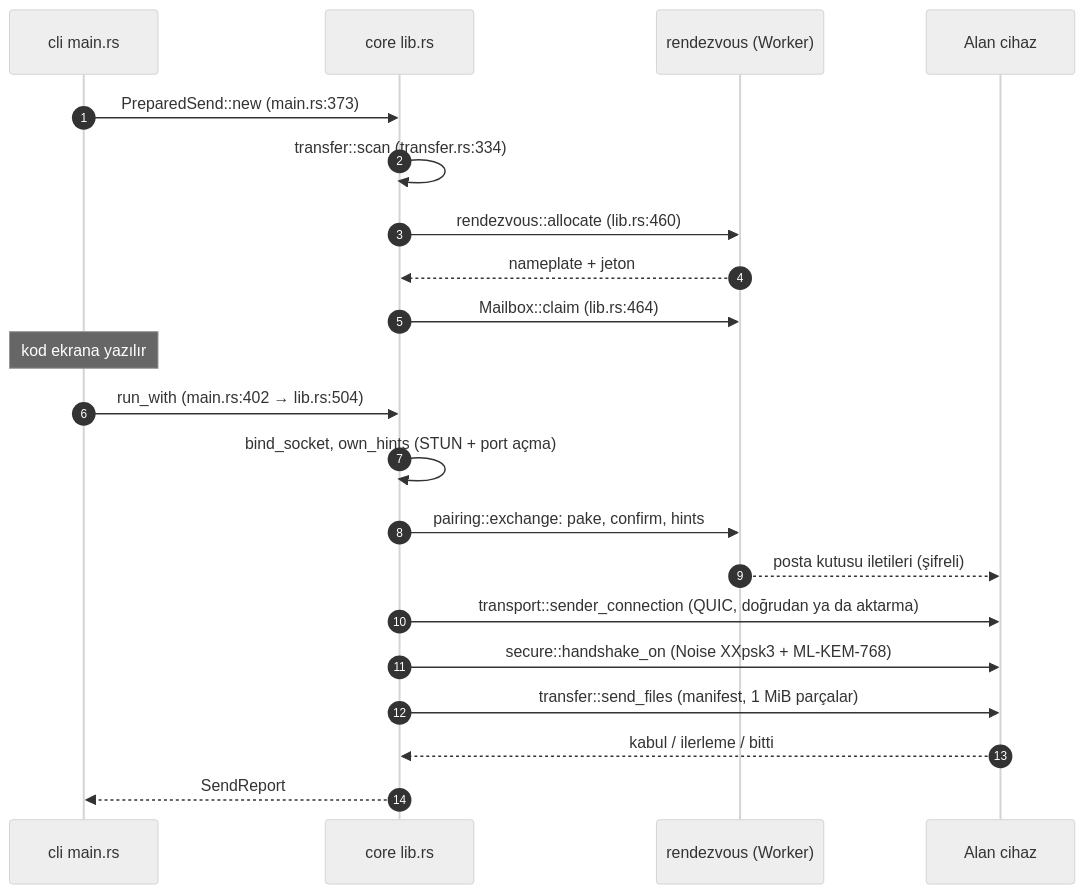
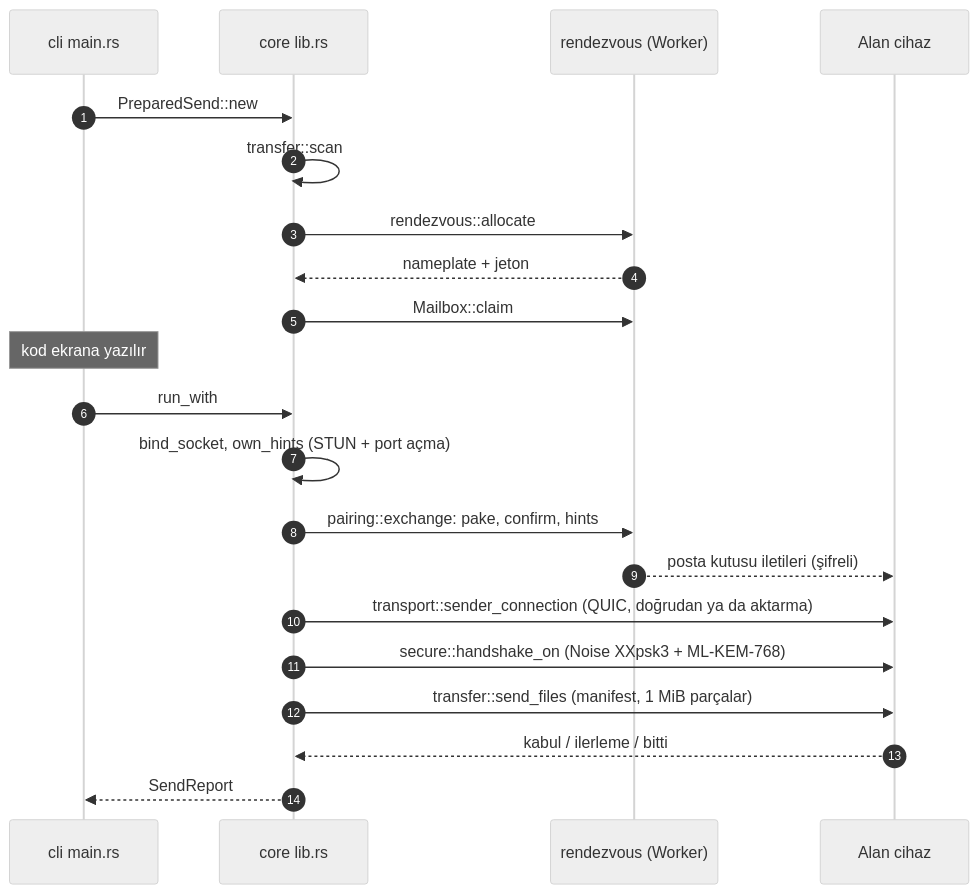
The third of 3 diagrams in docs/ARCHITECTURE.md (totaldrop-app/totaldrop), drawn with Mermaid (neutral theme) before and after one commit. The commit also changed other lines of this file and 2 other files, not shown here.

Commit message:
docs: act on the second review of the architecture map (#431)
- `--accept` now refuses while a reference has only moved. Accepting
  then recorded whatever line had slid under the old number, so a bare
  `--accept` after a rebase could bless a wrong pointer. The new test
  failed before this change and passes after it.
- The send sequence diagram cited line numbers that the check cannot
  see, and three of them were wrong (allocate is lib.rs:457, claim
  lib.rs:460, run_with lib.rs:501). The diagram now names functions
  only; the checked references are in the steps below it.
- crates/totaldrop-core/src/lib.rs has 1,048 lines, not 1,045.

Claude-Session: https://claude.ai/code/session_01WmiQQYuuMgQi8E2KFADVSY

````diff
--- a/docs/ARCHITECTURE.md
+++ b/docs/ARCHITECTURE.md
@@ -167,23 +167,23 @@
 ```mermaid
 sequenceDiagram
   autonumber
   participant CLI as cli main.rs
   participant LIB as core lib.rs
   participant RZ as rendezvous (Worker)
   participant PEER as Alan cihaz
-  CLI->>LIB: PreparedSend::new (main.rs:373)
-  LIB->>LIB: transfer::scan (transfer.rs:334)
-  LIB->>RZ: rendezvous::allocate (lib.rs:460)
+  CLI->>LIB: PreparedSend::new
+  LIB->>LIB: transfer::scan
+  LIB->>RZ: rendezvous::allocate
   RZ-->>LIB: nameplate + jeton
-  LIB->>RZ: Mailbox::claim (lib.rs:464)
+  LIB->>RZ: Mailbox::claim
   Note over CLI: kod ekrana yazılır
-  CLI->>LIB: run_with (main.rs:402 → lib.rs:504)
+  CLI->>LIB: run_with
   LIB->>LIB: bind_socket, own_hints (STUN + port açma)
   LIB->>RZ: pairing::exchange: pake, confirm, hints
   RZ-->>PEER: posta kutusu iletileri (şifreli)
   LIB->>PEER: transport::sender_connection (QUIC, doğrudan ya da aktarma)
   LIB->>PEER: secure::handshake_on (Noise XXpsk3 + ML-KEM-768)
   LIB->>PEER: transfer::send_files (manifest, 1 MiB parçalar)
   PEER-->>LIB: kabul / ilerleme / bitti
   LIB-->>CLI: SendReport
 ```
````
